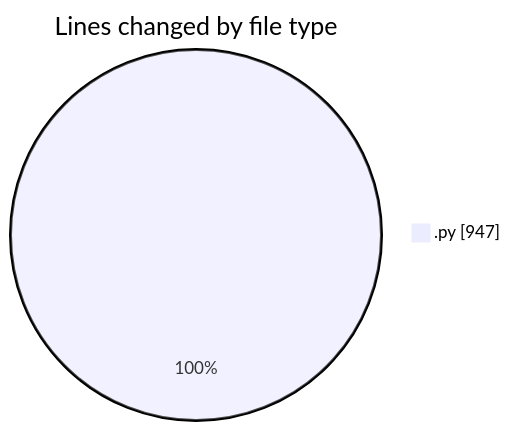
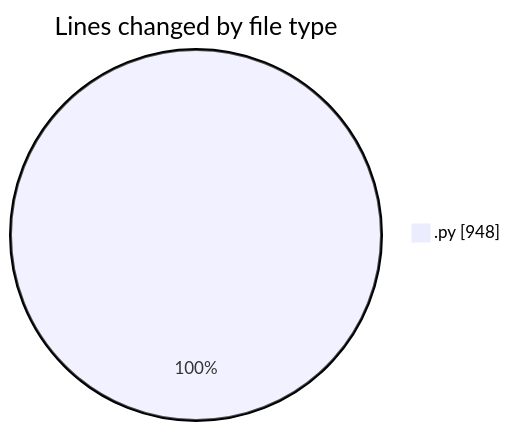
One commit to julien-gomy/code-tracking changed the first of 2 diagrams in 2025-11-04/eventscop-api-guide__workspace_/README.md. Above: the diagram before and after it, drawn with Mermaid. The commit also changed other lines of this file and 1 other file, not shown here.

````diff
--- a/2025-11-04/eventscop-api-guide__workspace_/README.md
+++ b/2025-11-04/eventscop-api-guide__workspace_/README.md
@@ -21,5 +21,5 @@
 ```mermaid
 pie showData
 title Lines changed by file type
-".py" : 947
+".py" : 948
 ```
````
